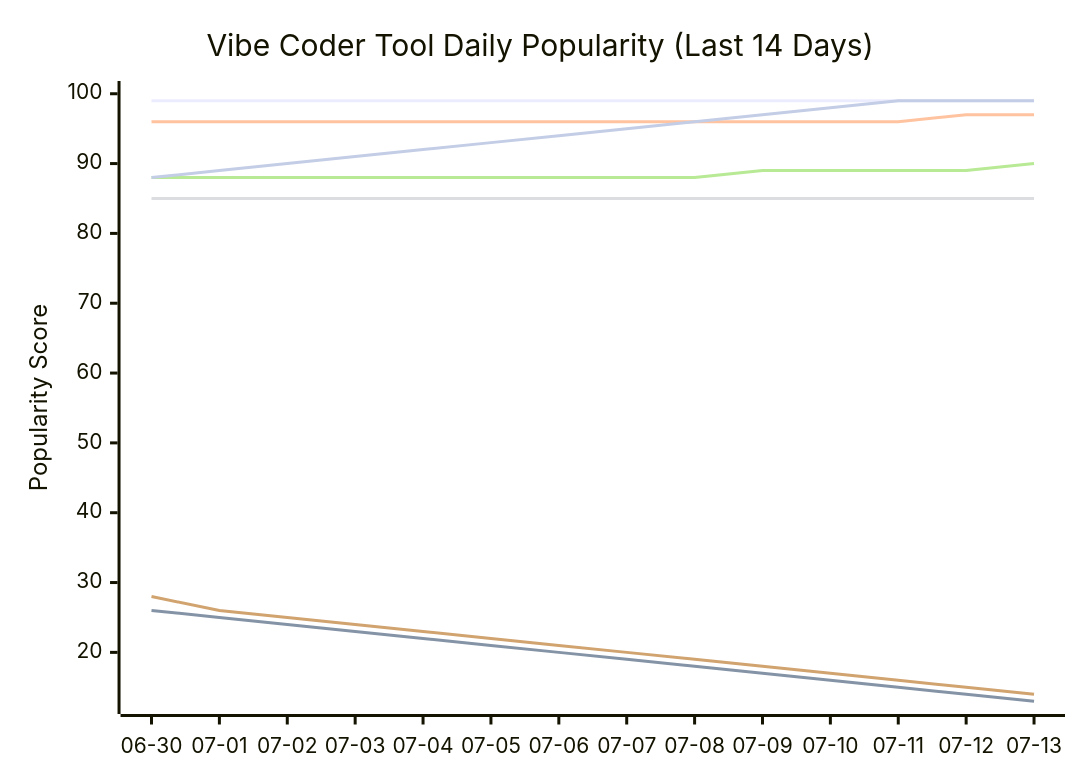
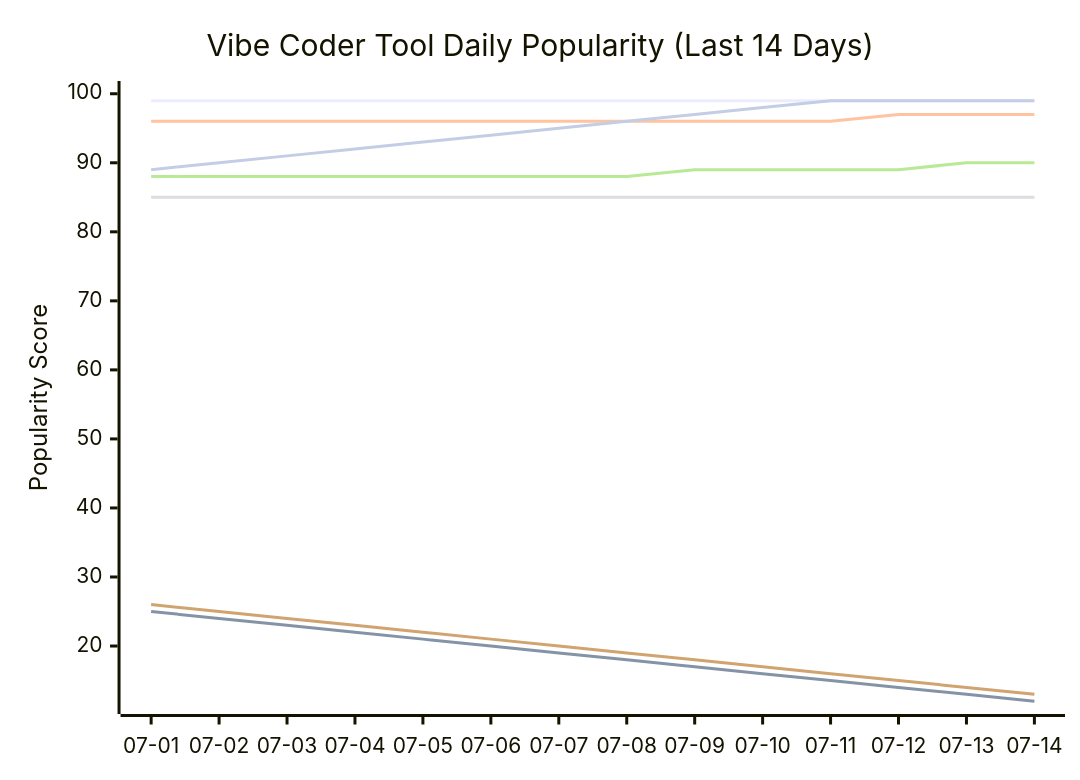
Before and after one commit to tykimos/ai-whatchelin: the seventh of 11 diagrams in README.md, drawn with Mermaid. The commit also changed other lines of this file and 4 other files, not shown here.

````diff
--- a/README.md
+++ b/README.md
@@ -1977,13 +1977,13 @@
 ```mermaid
 xychart-beta
     title "Vibe Coder Tool Daily Popularity (Last 14 Days)"
-    x-axis ["06-30", "07-01", "07-02", "07-03", "07-04", "07-05", "07-06", "07-07", "07-08", "07-09", "07-10", "07-11", "07-12", "07-13"]
-    y-axis "Popularity Score" 13 --> 100
+    x-axis ["07-01", "07-02", "07-03", "07-04", "07-05", "07-06", "07-07", "07-08", "07-09", "07-10", "07-11", "07-12", "07-13", "07-14"]
+    y-axis "Popularity Score" 12 --> 100
     line "Claude Code" [99, 99, 99, 99, 99, 99, 99, 99, 99, 99, 99, 99, 99, 99]
-    line "GH Copilot" [26, 25, 24, 23, 22, 21, 20, 19, 18, 17, 16, 15, 14, 13]
-    line "Cursor" [96, 96, 96, 96, 96, 96, 96, 96, 96, 96, 96, 96, 97, 97]
+    line "GH Copilot" [25, 24, 23, 22, 21, 20, 19, 18, 17, 16, 15, 14, 13, 12]
+    line "Cursor" [96, 96, 96, 96, 96, 96, 96, 96, 96, 96, 96, 97, 97, 97]
     line "Windsurf" [85, 85, 85, 85, 85, 85, 85, 85, 85, 85, 85, 85, 85, 85]
-    line "Codex CLI" [88, 88, 88, 88, 88, 88, 88, 88, 88, 89, 89, 89, 89, 90]
-    line "Gemini CLI" [28, 26, 25, 24, 23, 22, 21, 20, 19, 18, 17, 16, 15, 14]
-    line "Antigravity" [88, 89, 90, 91, 92, 93, 94, 95, 96, 97, 98, 99, 99, 99]
+    line "Codex CLI" [88, 88, 88, 88, 88, 88, 88, 88, 89, 89, 89, 89, 90, 90]
+    line "Gemini CLI" [26, 25, 24, 23, 22, 21, 20, 19, 18, 17, 16, 15, 14, 13]
+    line "Antigravity" [89, 90, 91, 92, 93, 94, 95, 96, 97, 98, 99, 99, 99, 99]
 ```
````
